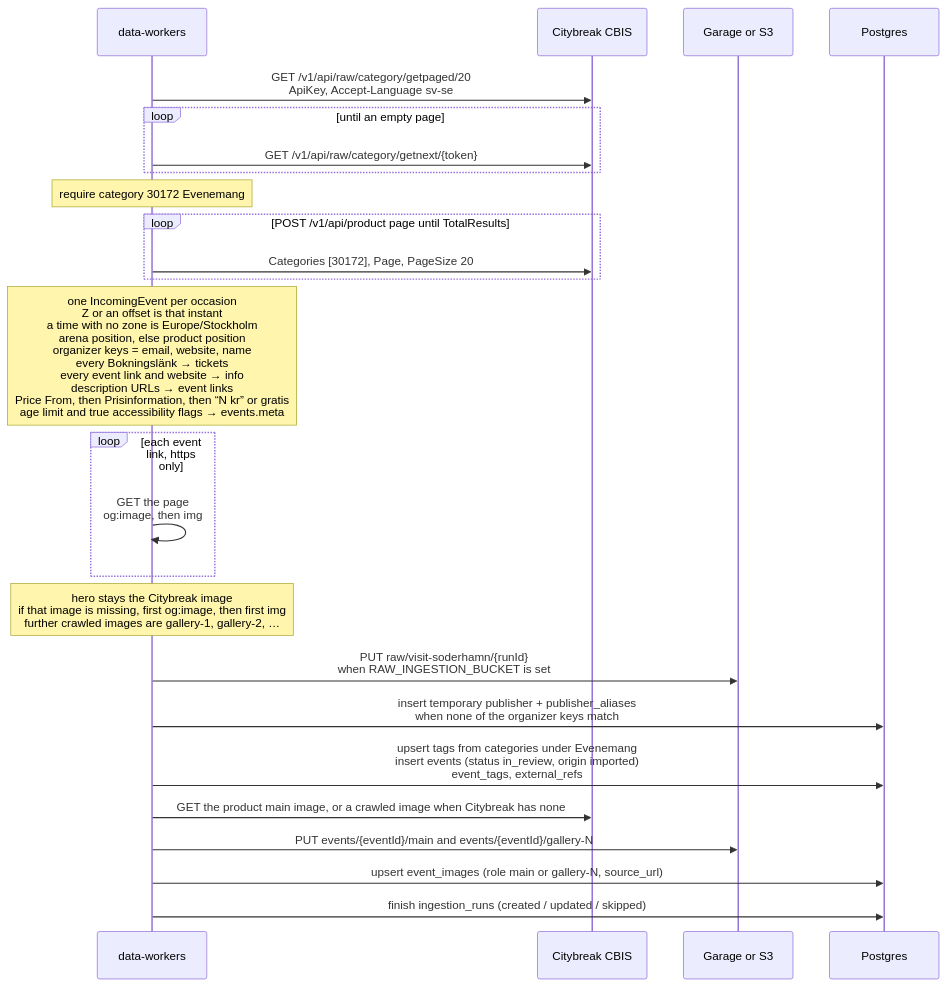
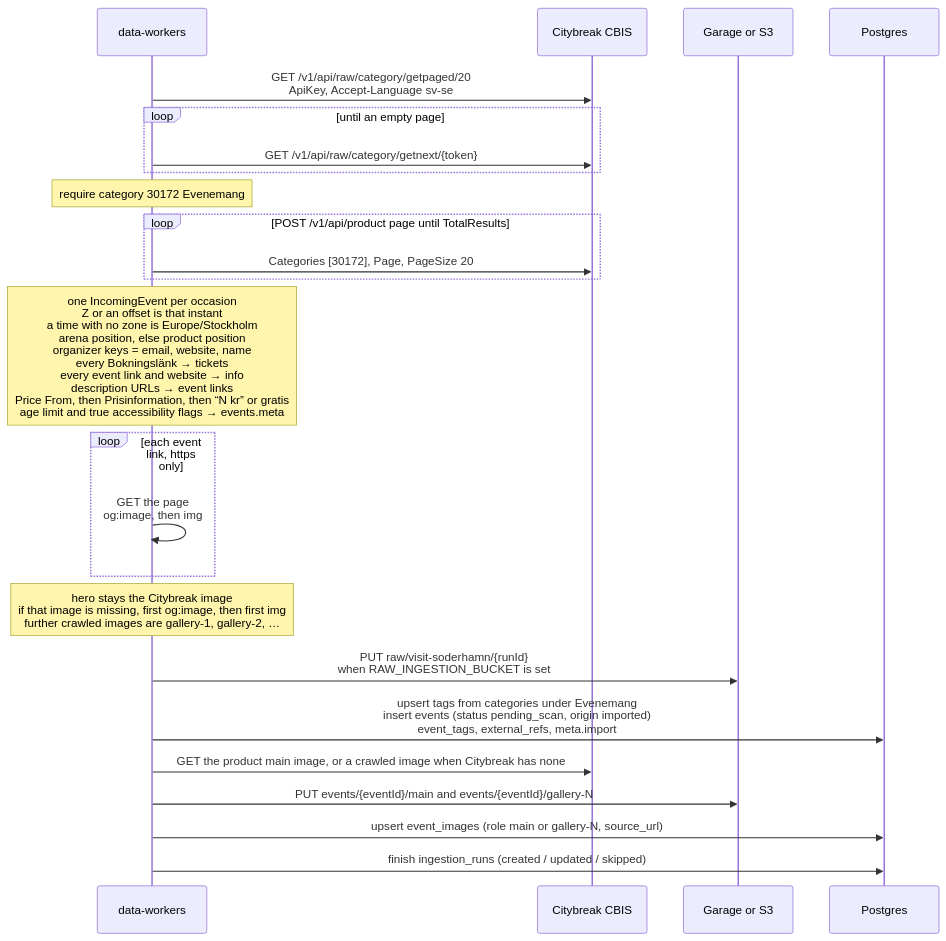
One commit to BradleySmallbottoms/evently changed the diagram in docs/flows/visit-soderhamn.md. Above: the diagram before and after it, drawn with Mermaid. The commit also changed other lines of this file and 51 other files, not shown here.

First line of the commit message:
Save new imports as pending_scan and scan them in a scheduled batch.

````diff
--- a/docs/flows/visit-soderhamn.md
+++ b/docs/flows/visit-soderhamn.md
@@ -20,28 +21,27 @@
 ```mermaid
 sequenceDiagram
   participant Runner as data-workers
   participant CBIS as Citybreak CBIS
   participant Store as Garage or S3
   participant DB as Postgres
 
   Runner->>CBIS: GET /v1/api/raw/category/getpaged/20<br/>ApiKey, Accept-Language sv-se
   loop until an empty page
     Runner->>CBIS: GET /v1/api/raw/category/getnext/{token}
   end
   Note over Runner: require category 30172 Evenemang
   loop POST /v1/api/product page until TotalResults
     Runner->>CBIS: Categories [30172], Page, PageSize 20
   end
   Note over Runner: one IncomingEvent per occasion<br/>Z or an offset is that instant<br/>a time with no zone is Europe/Stockholm<br/>arena position, else product position<br/>organizer keys = email, website, name<br/>every Bokningslänk → tickets<br/>every event link and website → info<br/>description URLs → event links<br/>Price From, then Prisinformation, then “N kr” or gratis<br/>age limit and true accessibility flags → events.meta
   loop each event link, https only
     Runner->>Runner: GET the page<br/>og:image, then img
   end
   Note over Runner: hero stays the Citybreak image<br/>if that image is missing, first og:image, then first img<br/>further crawled images are gallery-1, gallery-2, …
   Runner->>Store: PUT raw/visit-soderhamn/{runId}<br/>when RAW_INGESTION_BUCKET is set
-  Runner->>DB: insert temporary publisher + publisher_aliases<br/>when none of the organizer keys match
-  Runner->>DB: upsert tags from categories under Evenemang<br/>insert events (status in_review, origin imported)<br/>event_tags, external_refs
+  Runner->>DB: upsert tags from categories under Evenemang<br/>insert events (status pending_scan, origin imported)<br/>event_tags, external_refs, meta.import
   Runner->>CBIS: GET the product main image, or a crawled image when Citybreak has none
   Runner->>Store: PUT events/{eventId}/main and events/{eventId}/gallery-N
   Runner->>DB: upsert event_images (role main or gallery-N, source_url)
   Runner->>DB: finish ingestion_runs (created / updated / skipped)
 ```
````
